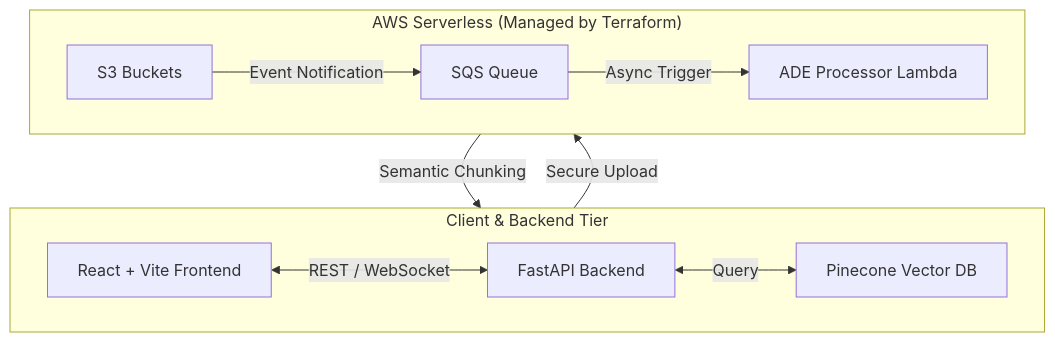
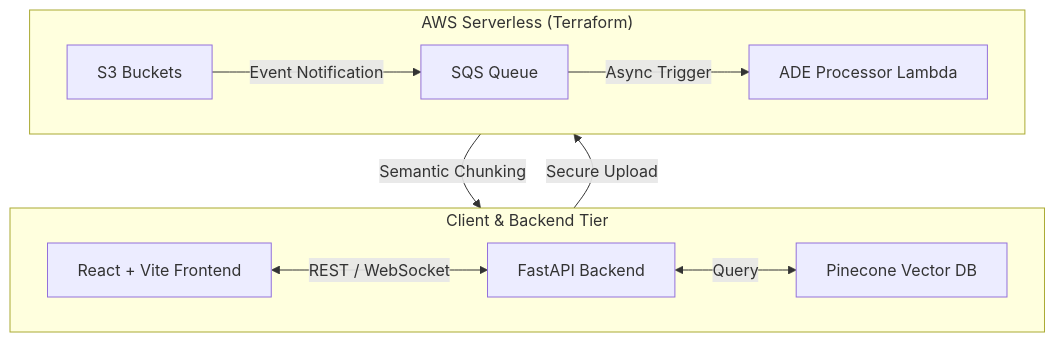
The first of 4 diagrams in README.md (Khadka-Bishal/DeepRecall), drawn with Mermaid before and after one commit. The commit also changed other lines of this file, not shown here.

First line of the commit message:
Enhance README with demo link and architecture updates

````diff
--- a/README.md
+++ b/README.md
@@ -17,16 +22,16 @@
 ```mermaid
 graph TD
     subgraph "Client & Backend Tier"
         direction LR
         C["React + Vite Frontend"] <-->|REST / WebSocket| B["FastAPI Backend"]
         B <-->|Query| P["Pinecone Vector DB"]
     end
 
-    subgraph "AWS Serverless (Managed by Terraform)"
+    subgraph "AWS Serverless (Terraform)"
         direction LR
         S["S3 Buckets"] -->|"Event Notification"| SQS["SQS Queue"] -->|"Async Trigger"| L["ADE Processor Lambda"]
     end
 
     B -->|"Secure Upload"| S
     L -->|"Semantic Chunking"| P
 ```
````
